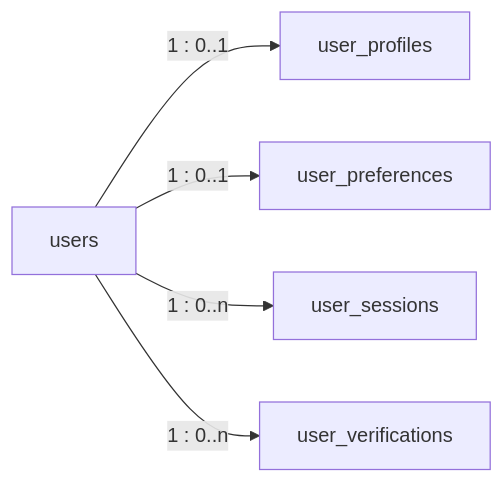
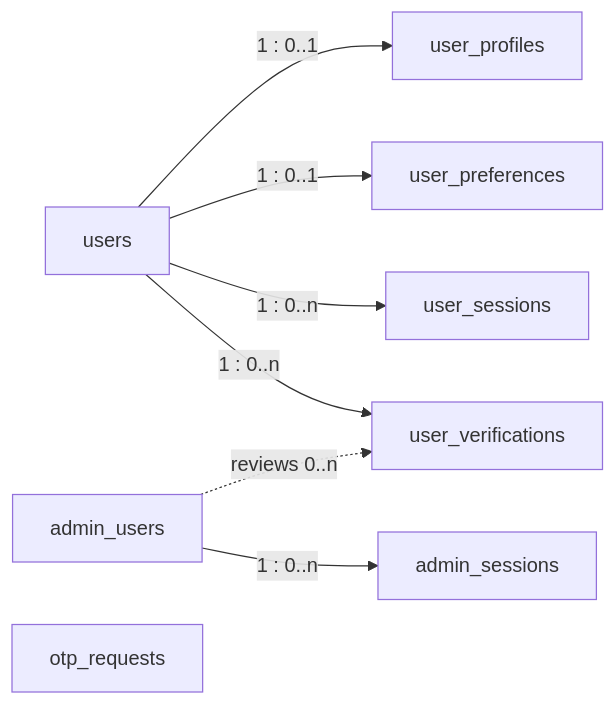
The diagram in docs/database/relationships.md (raviraja03/garba-partner), drawn with Mermaid before and after one commit. The commit also changed other lines of this file and 110 other files, not shown here.

````diff
--- a/docs/database/relationships.md
+++ b/docs/database/relationships.md
@@ -9,7 +9,10 @@
 ```mermaid
 flowchart LR
     U[users] -->|1 : 0..1| P[user_profiles]
     U -->|1 : 0..1| PR[user_preferences]
     U -->|1 : 0..n| S[user_sessions]
     U -->|1 : 0..n| V[user_verifications]
+    A[admin_users] -->|1 : 0..n| AS[admin_sessions]
+    A -.->|reviews 0..n| V
+    O[otp_requests]
 ```
````
